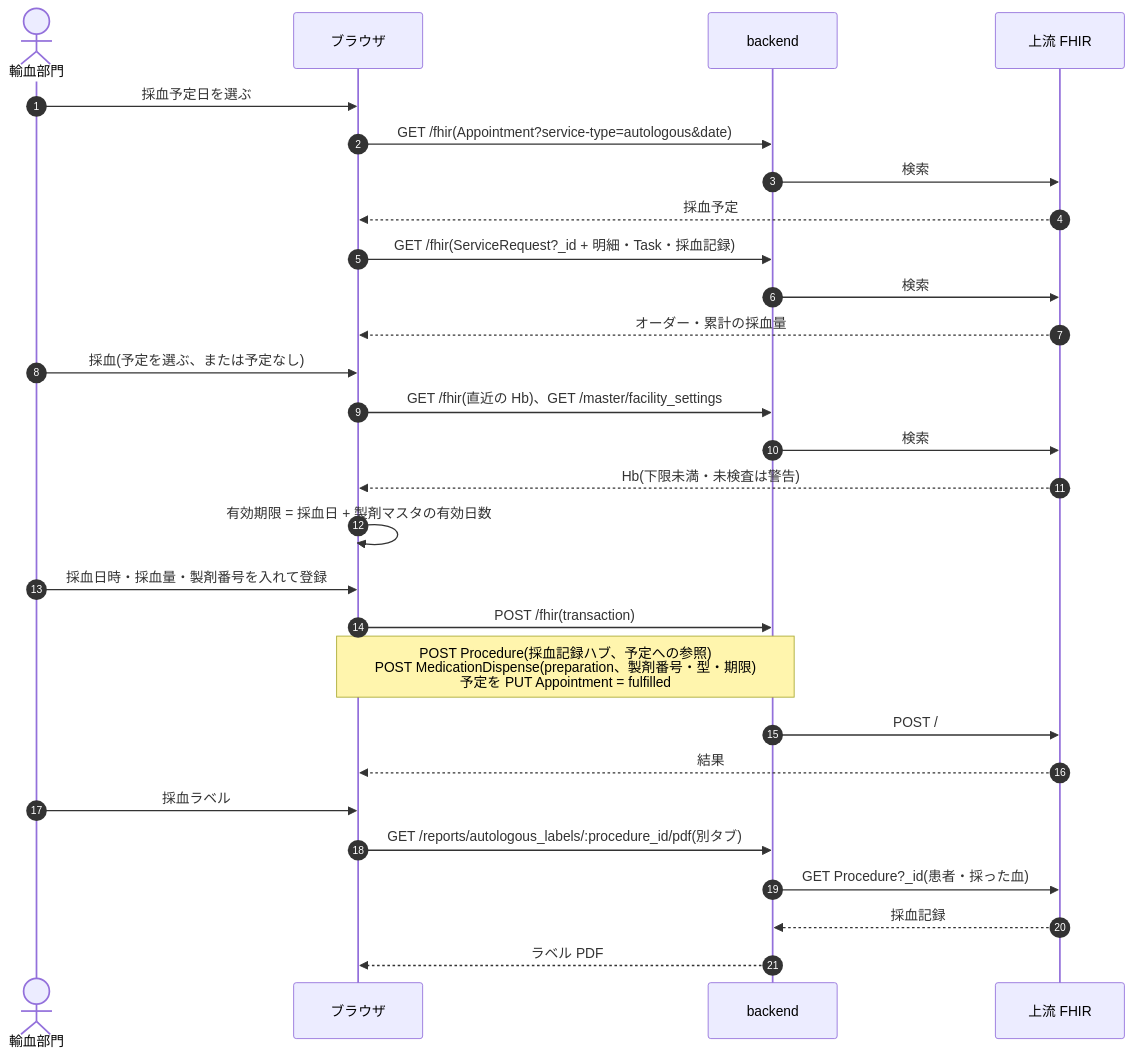
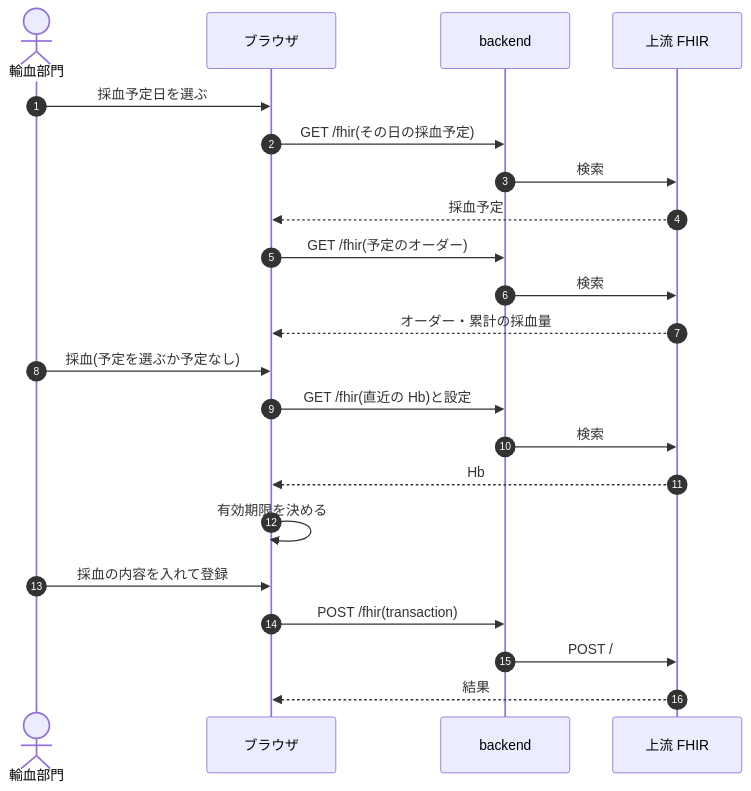
One commit to ysnr-dev/fhir-client-docs changed the ninth of 11 diagrams in docs/dev/transfusion.md. Above: the diagram before and after it, drawn with Mermaid. The commit also changed other lines of this file and 43 other files, not shown here.

Commit message:
docs: 業務フローとシーケンス図を写し直し

````diff
--- a/docs/dev/transfusion.md
+++ b/docs/dev/transfusion.md
@@ -206,31 +396,25 @@
 ```mermaid
 sequenceDiagram
   autonumber
   actor Tech as 輸血部門
   participant UI as ブラウザ
   participant BE as backend
   participant FHIR as 上流 FHIR
 
   Tech->>UI: 採血予定日を選ぶ
-  UI->>BE: GET /fhir(Appointment?service-type=autologous&date)
+  UI->>BE: GET /fhir(その日の採血予定)
   BE->>FHIR: 検索
   FHIR-->>UI: 採血予定
-  UI->>BE: GET /fhir(ServiceRequest?_id + 明細・Task・採血記録)
+  UI->>BE: GET /fhir(予定のオーダー)
   BE->>FHIR: 検索
   FHIR-->>UI: オーダー・累計の採血量
-  Tech->>UI: 採血(予定を選ぶ、または予定なし)
-  UI->>BE: GET /fhir(直近の Hb)、GET /master/facility_settings
+  Tech->>UI: 採血(予定を選ぶか予定なし)
+  UI->>BE: GET /fhir(直近の Hb)と設定
   BE->>FHIR: 検索
-  FHIR-->>UI: Hb(下限未満・未検査は警告)
-  UI->>UI: 有効期限 = 採血日 + 製剤マスタの有効日数
-  Tech->>UI: 採血日時・採血量・製剤番号を入れて登録
+  FHIR-->>UI: Hb
+  UI->>UI: 有効期限を決める
+  Tech->>UI: 採血の内容を入れて登録
   UI->>BE: POST /fhir(transaction)
-  Note over UI,BE: POST Procedure(採血記録ハブ、予定への参照)<br/>POST MedicationDispense(preparation、製剤番号・型・期限)<br/>予定を PUT Appointment = fulfilled
   BE->>FHIR: POST /
   FHIR-->>UI: 結果
-  Tech->>UI: 採血ラベル
-  UI->>BE: GET /reports/autologous_labels/:procedure_id/pdf(別タブ)
-  BE->>FHIR: GET Procedure?_id(患者・採った血)
-  FHIR-->>BE: 採血記録
-  BE-->>UI: ラベル PDF
 ```
````
